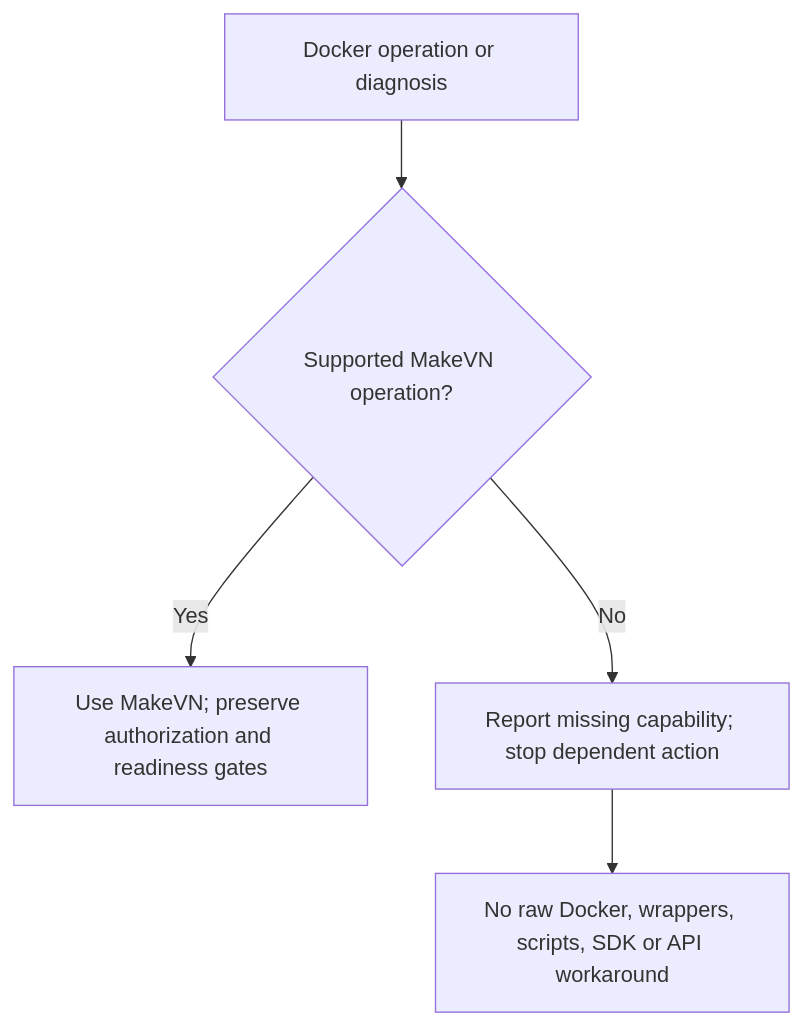
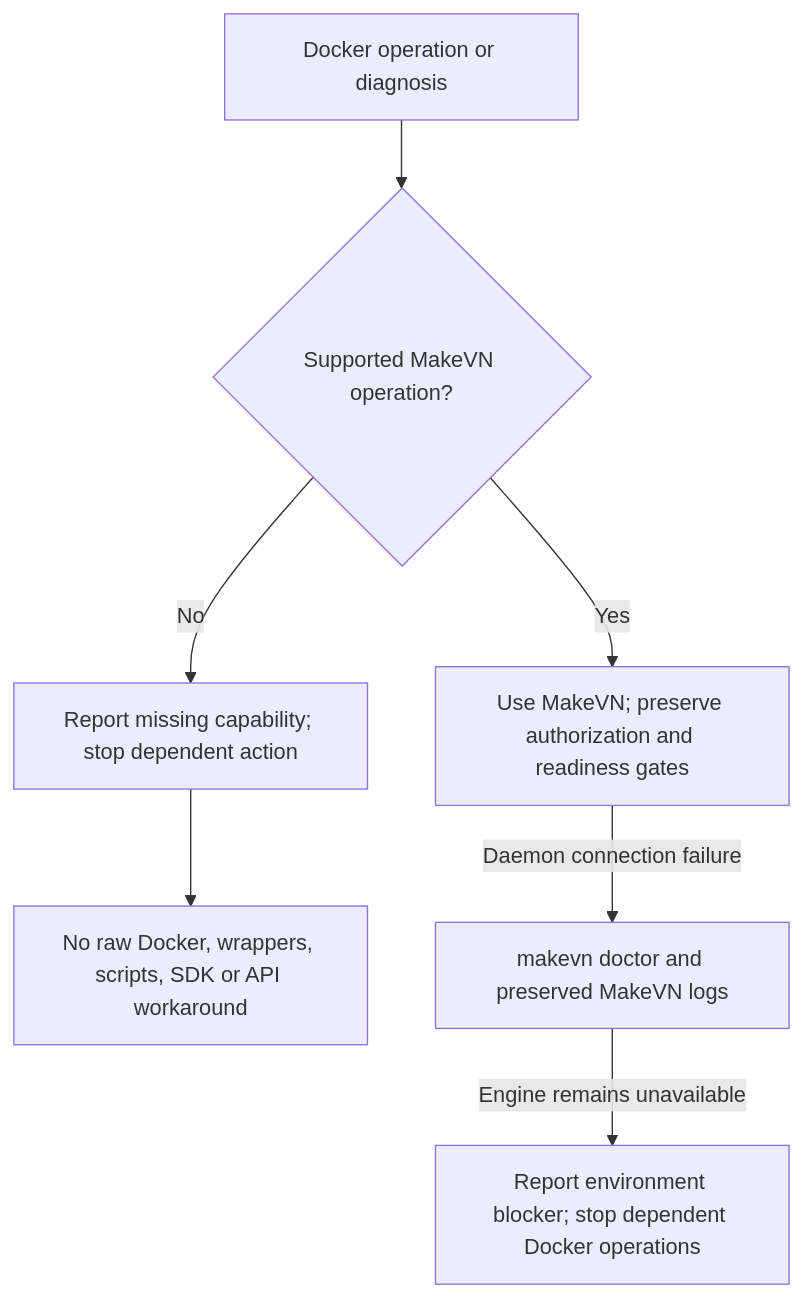
The second of 5 diagrams in docs/workflow-guidance.md (antonillos/makevn), drawn with Mermaid before and after one commit. The commit also changed 4 other files, not shown here.

Commit message:
fix(docker): keep runtime recovery hints within MakeVN

````diff
--- a/docs/workflow-guidance.md
+++ b/docs/workflow-guidance.md
@@ -40,7 +40,9 @@
 ```mermaid
 flowchart TD
     REQUEST[Docker operation or diagnosis] --> CAPABILITY{Supported MakeVN operation?}
     CAPABILITY -->|Yes| MAKEVN[Use MakeVN; preserve authorization and readiness gates]
     CAPABILITY -->|No| GAP[Report missing capability; stop dependent action]
     GAP --> NOFALLBACK[No raw Docker, wrappers, scripts, SDK or API workaround]
+    MAKEVN -->|Daemon connection failure| DIAGNOSE[makevn doctor and preserved MakeVN logs]
+    DIAGNOSE -->|Engine remains unavailable| ENV[Report environment blocker; stop dependent Docker operations]
 ```
````
